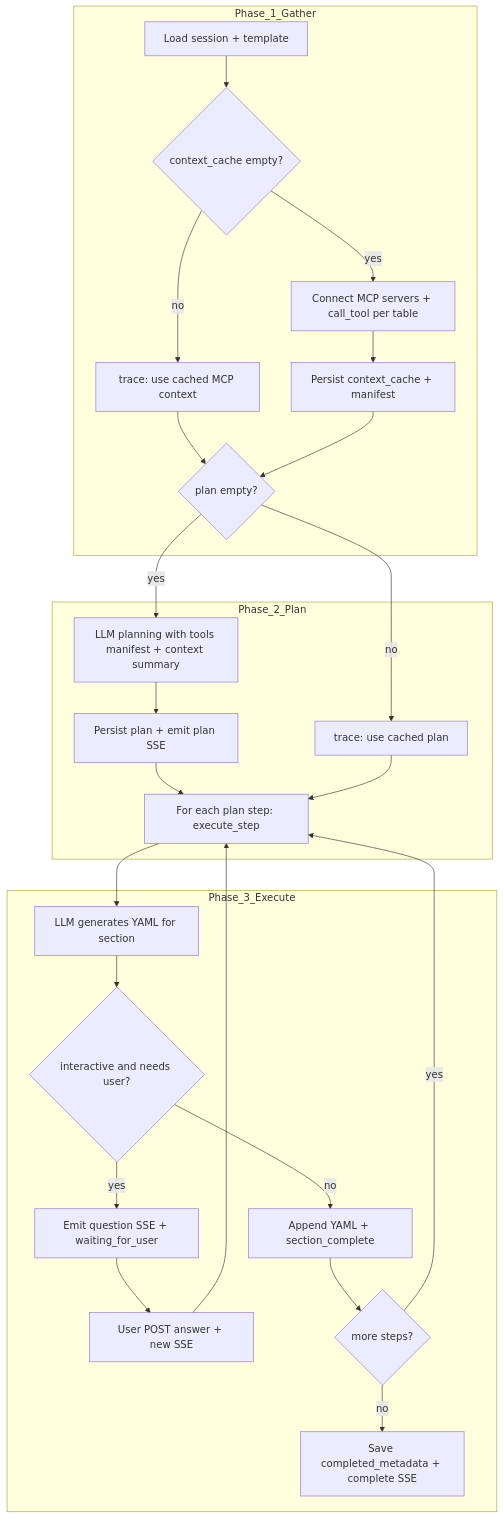
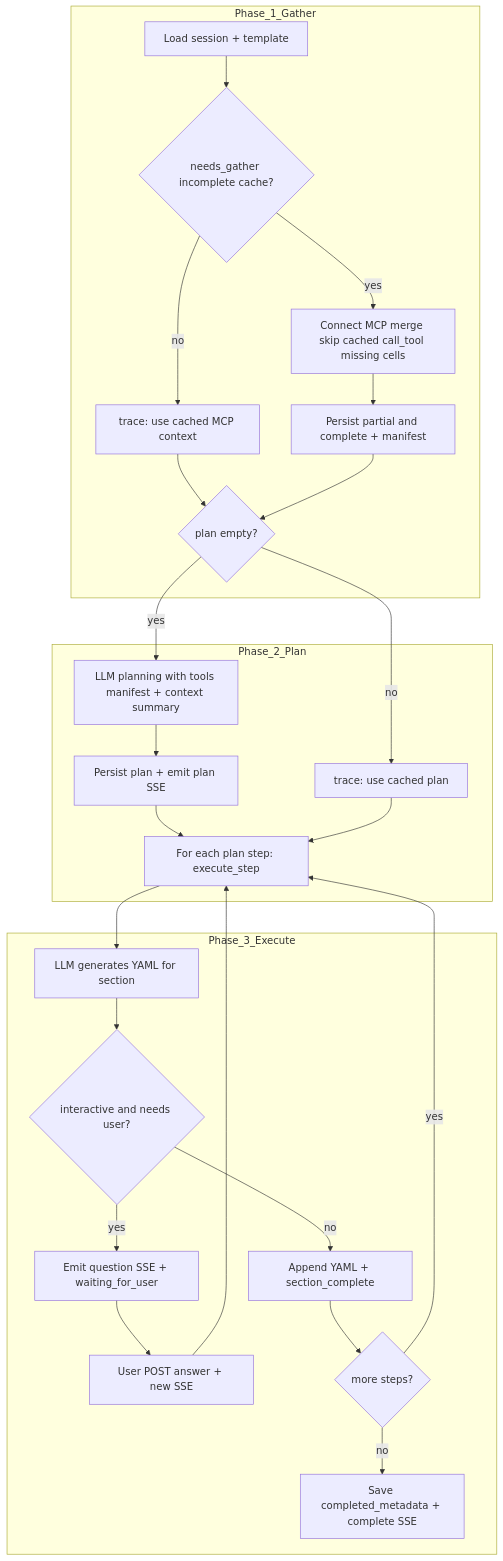
Before and after one commit to RohitDashora/genify-v2: the second of 2 diagrams in docs/agentic-loop.md, drawn with Mermaid. The commit also changed other lines of this file and 9 other files, not shown here.

````diff
--- a/docs/agentic-loop.md
+++ b/docs/agentic-loop.md
@@ -99,38 +99,38 @@
 ```mermaid
 flowchart TB
   subgraph phase1 [Phase_1_Gather]
     G0[Load session + template]
-    G1{context_cache empty?}
-    G2[Connect MCP servers + call_tool per table]
-    G3[Persist context_cache + manifest]
+    G1{needs_gather incomplete cache?}
+    G2[Connect MCP merge skip cached call_tool missing cells]
+    G3[Persist partial and complete + manifest]
     G0 --> G1
     G1 -->|yes| G2
     G1 -->|no| G4[trace: use cached MCP context]
     G2 --> G3
     G4 --> P0
     G3 --> P0
   end
   subgraph phase2 [Phase_2_Plan]
     P0{plan empty?}
     P1[LLM planning with tools manifest + context summary]
     P2[Persist plan + emit plan SSE]
     P0 -->|yes| P1
     P0 -->|no| P3[trace: use cached plan]
     P1 --> P2
     P2 --> E0
     P3 --> E0
   end
   subgraph phase3 [Phase_3_Execute]
     E0[For each plan step: execute_step]
     E1[LLM generates YAML for section]
     E0 --> E1
     E1 --> E2{interactive and needs user?}
     E2 -->|yes| E3[Emit question SSE + waiting_for_user]
     E2 -->|no| E4[Append YAML + section_complete]
     E3 --> E5[User POST answer + new SSE]
     E5 --> E0
     E4 --> E6{more steps?}
     E6 -->|yes| E0
     E6 -->|no| E7[Save completed_metadata + complete SSE]
   end
 ```
````
